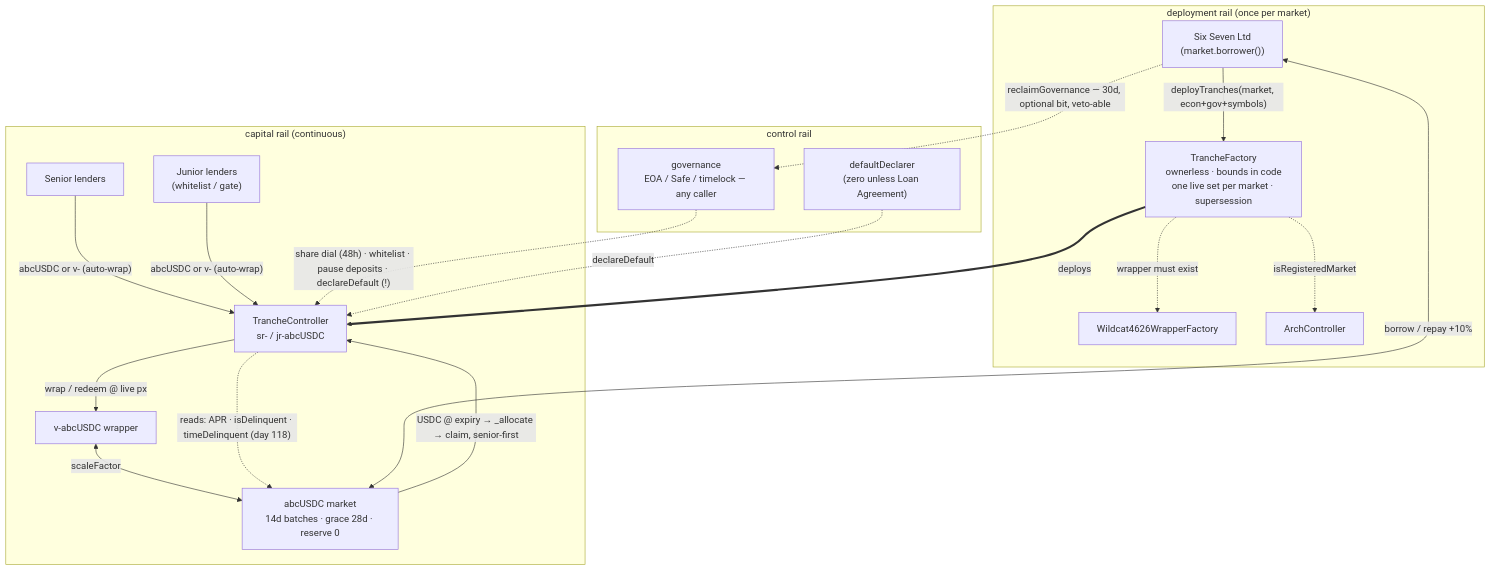
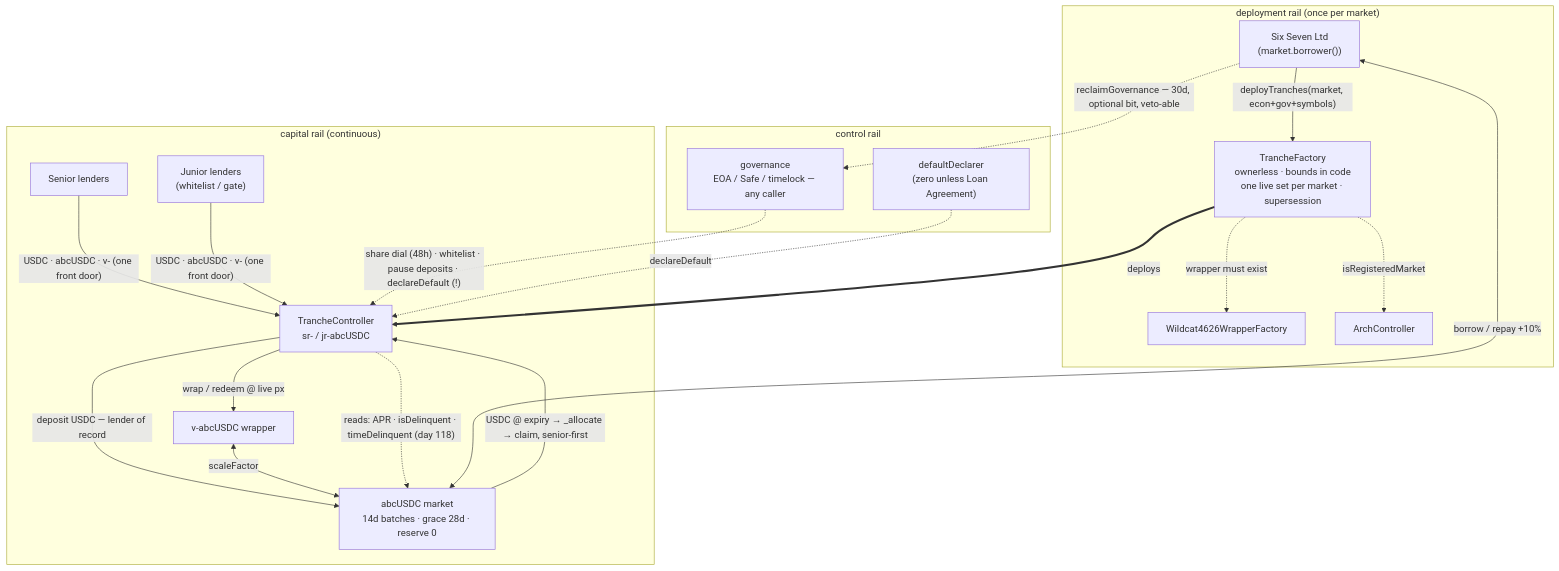
Before and after one commit to wildcat-finance/wildcat-tranching: the diagram in report/Deployment-Access-Governance-Notes.md, drawn with Mermaid. The commit also changed other lines of this file, not shown here.

First line of the commit message:
Reverse D3: controller becomes lender of record (USDC front door)

````diff
--- a/report/Deployment-Access-Governance-Notes.md
+++ b/report/Deployment-Access-Governance-Notes.md
@@ -91,37 +101,38 @@
 ```mermaid
 flowchart TB
   subgraph DEPLOY["deployment rail (once per market)"]
     BORROWER["Six Seven Ltd\n(market.borrower())"]
     TF["TrancheFactory\nownerless · bounds in code\none live set per market · supersession"]
     WF["Wildcat4626WrapperFactory"]
     ARCH["ArchController"]
     BORROWER -->|"deployTranches(market, econ+gov+symbols)"| TF
     TF -.->|"wrapper must exist"| WF
     TF -.->|"isRegisteredMarket"| ARCH
   end
 
   subgraph CAPITAL["capital rail (continuous)"]
     SL["Senior lenders"]
     JL["Junior lenders\n(whitelist / gate)"]
     TC["TrancheController\nsr- / jr-abcUSDC"]
     W["v-abcUSDC wrapper"]
     M["abcUSDC market\n14d batches · grace 28d · reserve 0"]
-    SL -->|"abcUSDC or v- (auto-wrap)"| TC
-    JL -->|"abcUSDC or v- (auto-wrap)"| TC
+    SL -->|"USDC · abcUSDC · v- (one front door)"| TC
+    JL -->|"USDC · abcUSDC · v- (one front door)"| TC
+    TC -->|"deposit USDC — lender of record"| M
     TC -->|"wrap / redeem @ live px"| W
     W <-->|"scaleFactor"| M
     M <-->|"borrow / repay +10%"| BORROWER
     M -->|"USDC @ expiry → _allocate → claim, senior-first"| TC
     TC -.->|"reads: APR · isDelinquent · timeDelinquent (day 118)"| M
   end
 
   subgraph CONTROL["control rail"]
     GOV["governance\nEOA / Safe / timelock — any caller"]
     DD["defaultDeclarer\n(zero unless Loan Agreement)"]
     GOV -.->|"share dial (48h) · whitelist · pause deposits · declareDefault (!)"| TC
     DD -.->|"declareDefault"| TC
     BORROWER -.->|"reclaimGovernance — 30d, optional bit, veto-able"| GOV
   end
 
   TF ==>|"deploys"| TC
 ```
````
